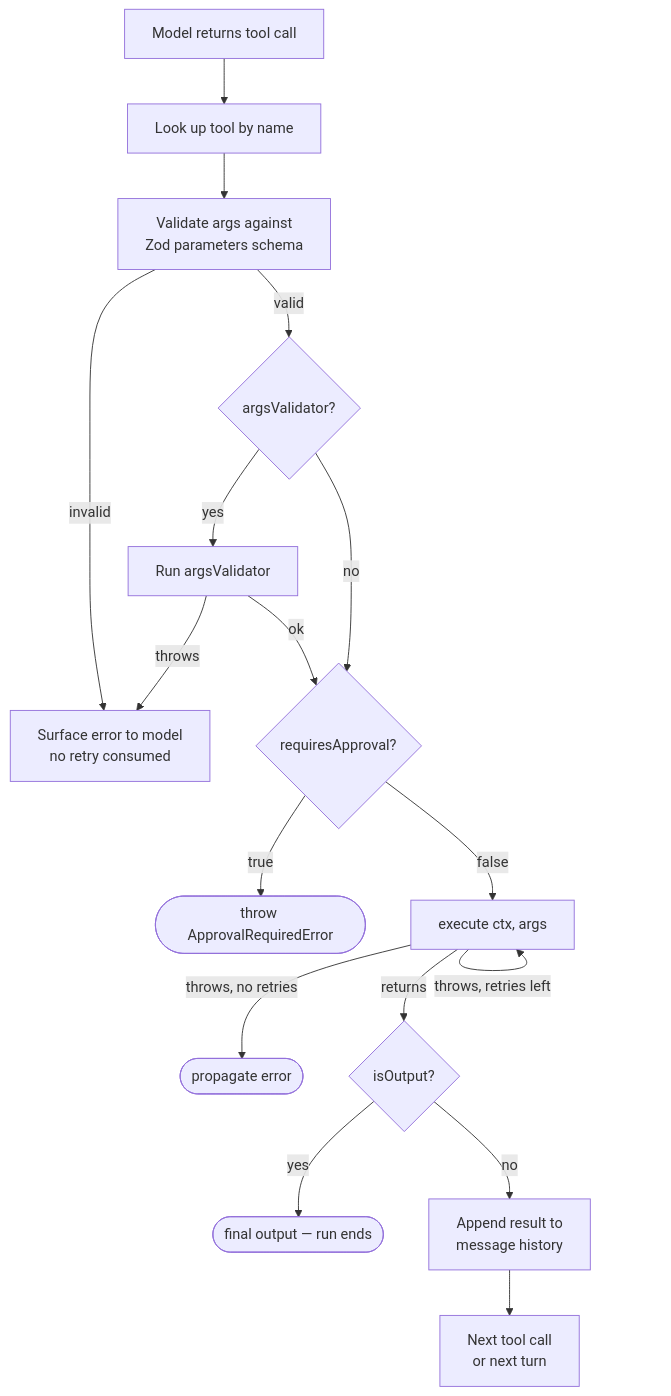
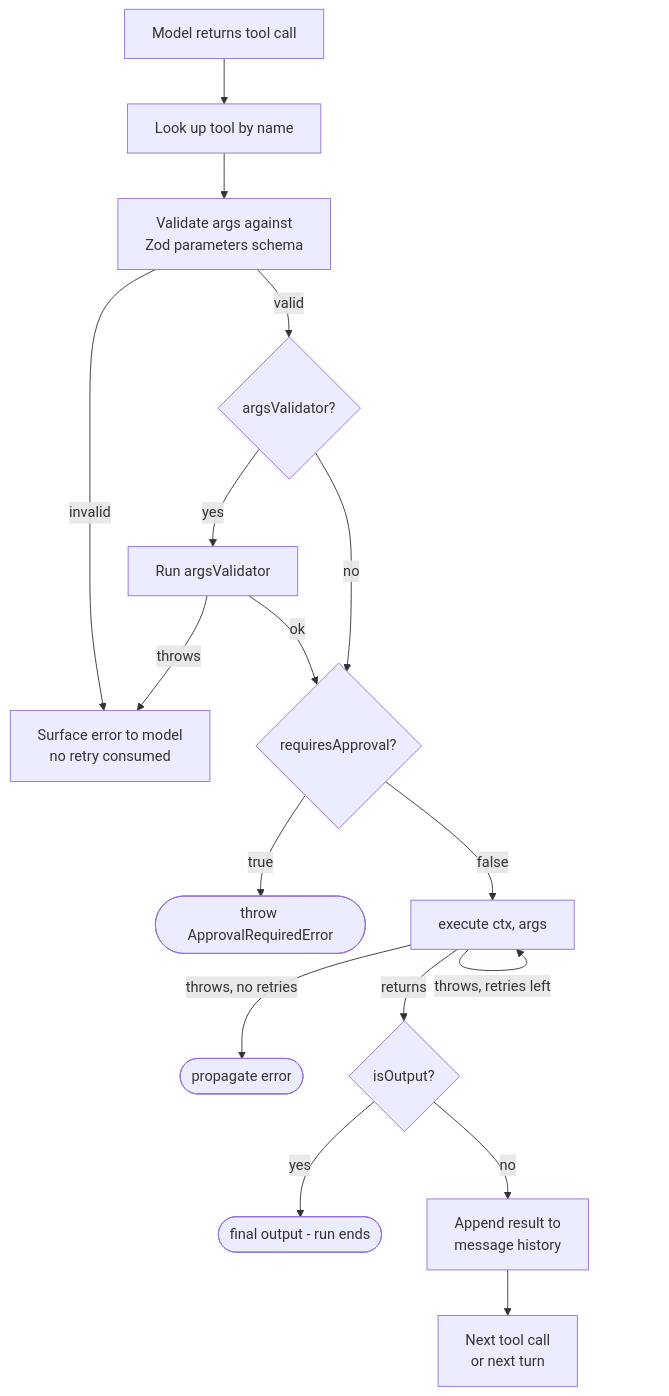
One commit to a7ul/vibes changed the third of 6 diagrams in packages/framework/.planning/phases/02-core-concepts-part-1/02-RESEARCH.md. Above: the diagram before and after it, drawn with Mermaid. The commit also changed other lines of this file and 144 other files, not shown here.

````diff
--- a/packages/framework/.planning/phases/02-core-concepts-part-1/02-RESEARCH.md
+++ b/packages/framework/.planning/phases/02-core-concepts-part-1/02-RESEARCH.md
@@ -511,19 +511,19 @@
 ```mermaid
 flowchart TD
     M[Model returns tool call] --> L[Look up tool by name]
     L --> Z[Validate args against\nZod parameters schema]
     Z -- invalid --> ER[Surface error to model\nno retry consumed]
     Z -- valid --> AV{argsValidator?}
     AV -- yes --> AVR[Run argsValidator]
     AVR -- throws --> ER
     AVR -- ok --> AP{requiresApproval?}
     AV -- no --> AP
     AP -- true --> DEF([throw ApprovalRequiredError])
     AP -- false --> EX[execute ctx, args]
     EX -- throws, retries left --> EX
     EX -- throws, no retries --> ERR([propagate error])
     EX -- returns --> RES{isOutput?}
-    RES -- yes --> OUT([final output — run ends])
+    RES -- yes --> OUT([final output - run ends])
     RES -- no --> HIST[Append result to\nmessage history]
     HIST --> NEXT[Next tool call\nor next turn]
 ```
````
